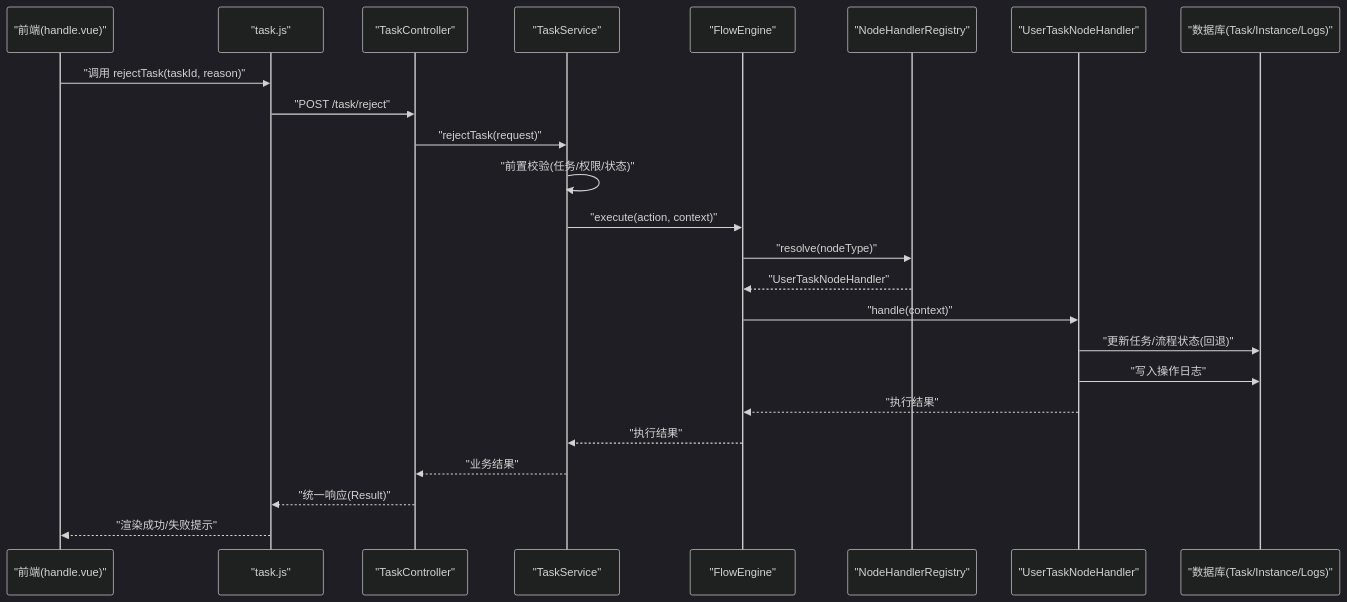
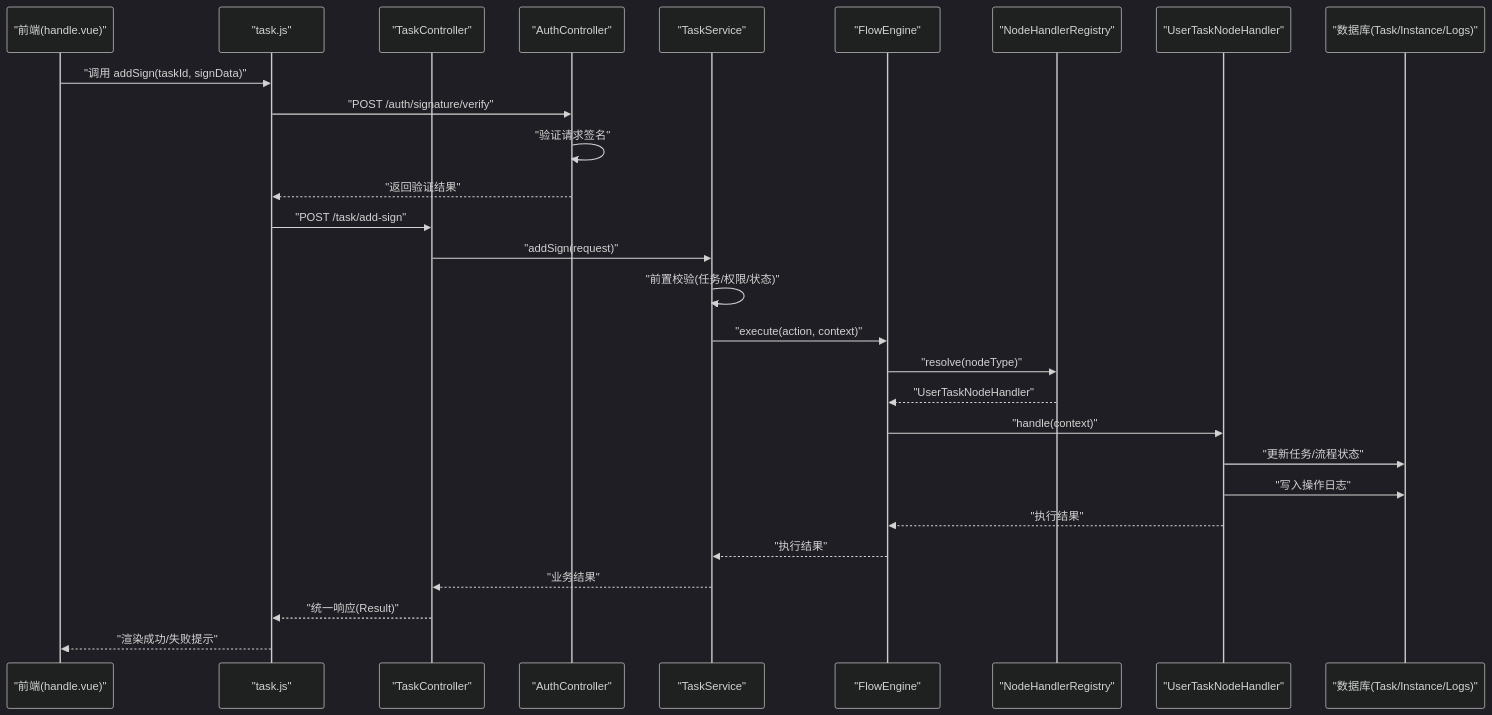
One commit to liming-lihaini/workflow changed the second of 11 diagrams in .qoder/repowiki/zh/content/任务管理/任务操作处理/任务操作处理.md. Above: the diagram before and after it, drawn with Mermaid (dark theme). The commit also changed other lines of this file and 9 other files, not shown here.

````diff
--- a/.qoder/repowiki/zh/content/任务管理/任务操作处理/任务操作处理.md
+++ b/.qoder/repowiki/zh/content/任务管理/任务操作处理/任务操作处理.md
@@ -182,26 +193,30 @@
 ```mermaid
 sequenceDiagram
 participant UI as "前端(handle.vue)"
 participant Api as "task.js"
 participant Ctrl as "TaskController"
+participant Auth as "AuthController"
 participant Svc as "TaskService"
 participant Eng as "FlowEngine"
 participant Reg as "NodeHandlerRegistry"
 participant Handler as "UserTaskNodeHandler"
 participant DB as "数据库(Task/Instance/Logs)"
-UI->>Api : "调用 rejectTask(taskId, reason)"
-Api->>Ctrl : "POST /task/reject"
-Ctrl->>Svc : "rejectTask(request)"
+UI->>Api : "调用 addSign(taskId, signData)"
+Api->>Auth : "POST /auth/signature/verify"
+Auth->>Auth : "验证请求签名"
+Auth-->>Api : "返回验证结果"
+Api->>Ctrl : "POST /task/add-sign"
+Ctrl->>Svc : "addSign(request)"
 Svc->>Svc : "前置校验(任务/权限/状态)"
 Svc->>Eng : "execute(action, context)"
 Eng->>Reg : "resolve(nodeType)"
 Reg-->>Eng : "UserTaskNodeHandler"
 Eng->>Handler : "handle(context)"
-Handler->>DB : "更新任务/流程状态(回退)"
+Handler->>DB : "更新任务/流程状态"
 Handler->>DB : "写入操作日志"
 Handler-->>Eng : "执行结果"
 Eng-->>Svc : "执行结果"
 Svc-->>Ctrl : "业务结果"
 Ctrl-->>Api : "统一响应(Result)"
 Api-->>UI : "渲染成功/失败提示"
 ```
````
